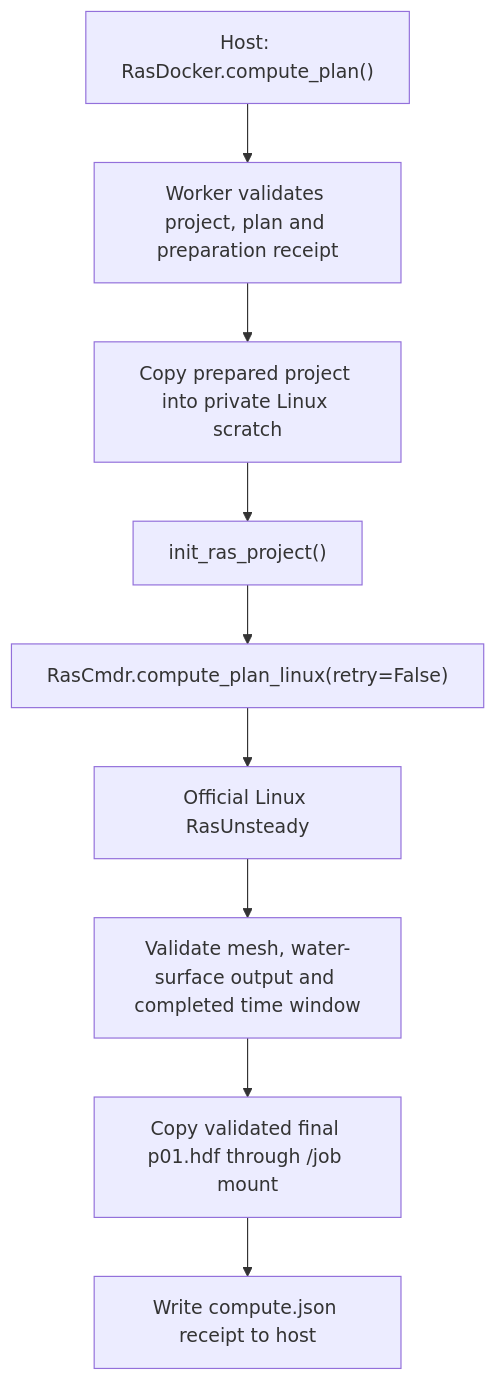
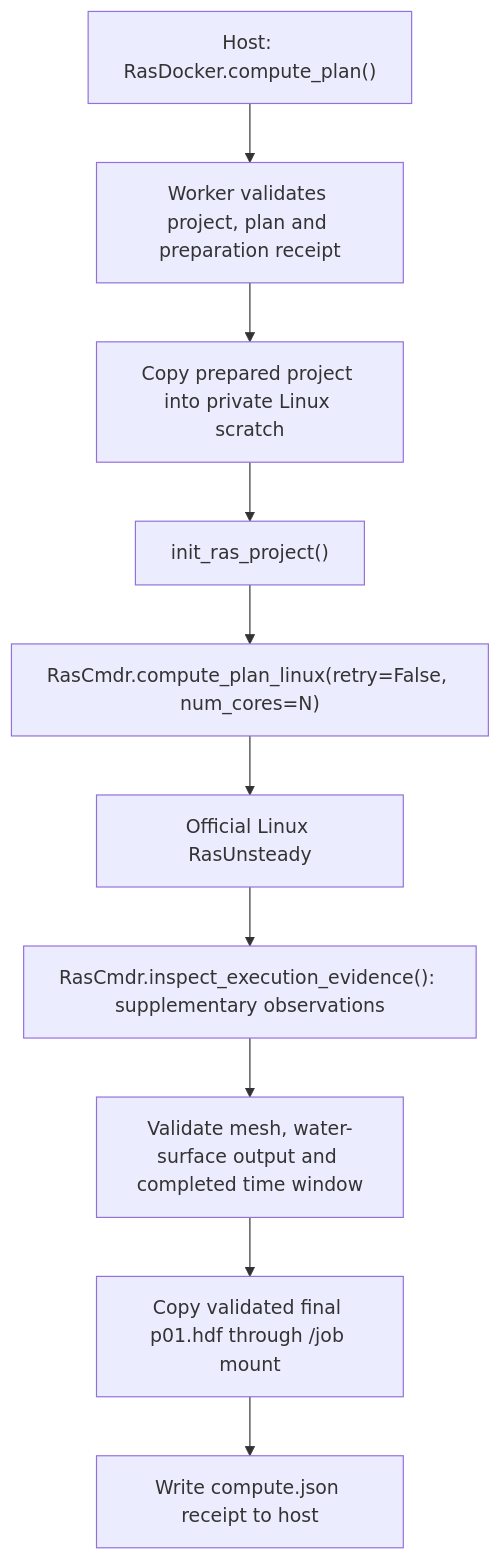
Before and after one commit to gpt-cmdr/ras-commander: the diagram in containers/hecras-unsteady/README.md, drawn with Mermaid. The commit also changed other lines of this file and 2 other files, not shown here.

````diff
--- a/containers/hecras-unsteady/README.md
+++ b/containers/hecras-unsteady/README.md
@@ -98,11 +98,12 @@
 ```mermaid
 flowchart TD
     A["Host: RasDocker.compute_plan()"] --> B["Worker validates project, plan and preparation receipt"]
     B --> C["Copy prepared project into private Linux scratch"]
     C --> D["init_ras_project()"]
-    D --> E["RasCmdr.compute_plan_linux(retry=False)"]
+    D --> E["RasCmdr.compute_plan_linux(retry=False, num_cores=N)"]
     E --> F["Official Linux RasUnsteady"]
-    F --> G["Validate mesh, water-surface output and completed time window"]
+    F --> OBS["RasCmdr.inspect_execution_evidence(): supplementary observations"]
+    OBS --> G["Validate mesh, water-surface output and completed time window"]
     G --> H["Copy validated final p01.hdf through /job mount"]
     H --> I["Write compute.json receipt to host"]
 ```
````
